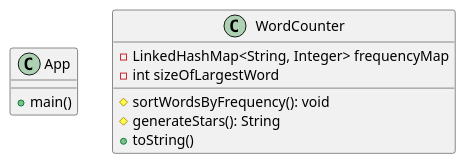
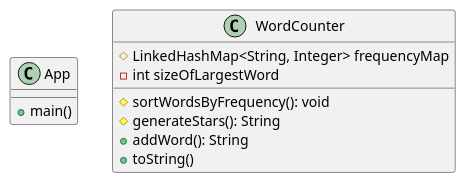
One commit to jparrondo24/parrondo-cop3330-assignment3 changed the diagram in docs/exercise46.puml. Above: the diagram before and after it, drawn with PlantUML. The commit also changed 3 other files, not shown here.

```diff
--- a/docs/exercise46.puml
+++ b/docs/exercise46.puml
@@ -1,15 +1,16 @@
 @startuml
 
 class App {
   +main()
 }
 
 class WordCounter {
-  -LinkedHashMap<String, Integer> frequencyMap
+  #LinkedHashMap<String, Integer> frequencyMap
   -int sizeOfLargestWord
   #sortWordsByFrequency(): void
   #generateStars(): String
+  +addWord(): String
   +toString()
 }
 
 @enduml
```
